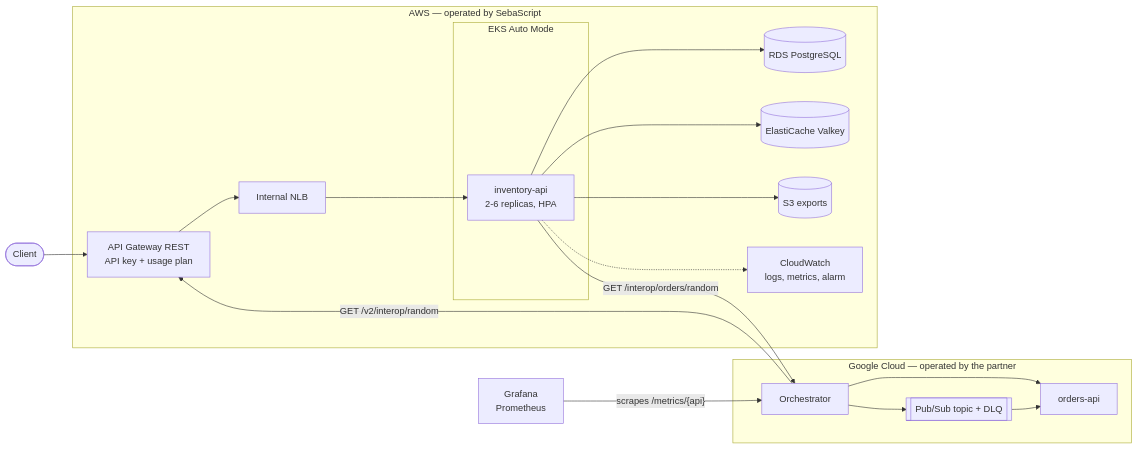
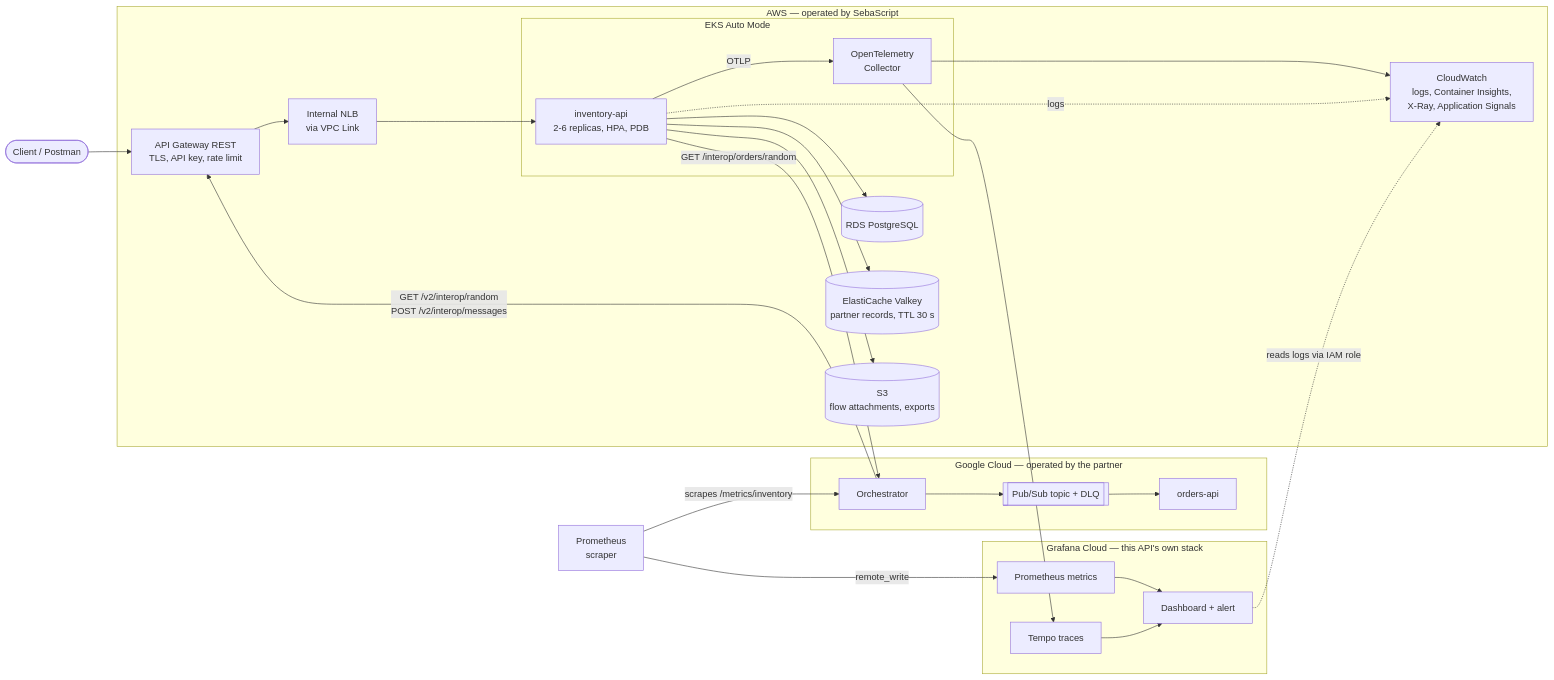
The diagram in README.md (SebaScript/inventory-api-v2), drawn with Mermaid before and after one commit. The commit also changed other lines of this file, not shown here.

Commit message:
📝 docs: redraw the architecture with tracing and grafana cloud

````diff
--- a/README.md
+++ b/README.md
@@ -33,33 +33,45 @@
 ```mermaid
 flowchart LR
-  client([Client])
+  client([Client / Postman])
 
   subgraph AWS["AWS &mdash; operated by SebaScript"]
-    gw[API Gateway REST<br/>API key + usage plan]
-    nlb[Internal NLB]
+    gw[API Gateway REST<br/>TLS, API key, rate limit]
+    nlb[Internal NLB<br/>via VPC Link]
     subgraph eks["EKS Auto Mode"]
-      pods[inventory-api<br/>2-6 replicas, HPA]
+      pods[inventory-api<br/>2-6 replicas, HPA, PDB]
+      otel[OpenTelemetry<br/>Collector]
     end
     rds[(RDS PostgreSQL)]
-    cache[(ElastiCache Valkey)]
-    s3[(S3 exports)]
-    cw[CloudWatch<br/>logs, metrics, alarm]
+    cache[(ElastiCache Valkey<br/>partner records, TTL 30 s)]
+    s3[(S3<br/>flow attachments, exports)]
+    cw[CloudWatch<br/>logs, Container Insights,<br/>X-Ray, Application Signals]
   end
 
   subgraph GCP["Google Cloud &mdash; operated by the partner"]
     orch[Orchestrator]
     queue[["Pub/Sub topic + DLQ"]]
     orders[orders-api]
   end
 
-  grafana[Grafana<br/>Prometheus]
+  subgraph GC["Grafana Cloud &mdash; this API's own stack"]
+    mimir[Prometheus metrics]
+    tempo[Tempo traces]
+    dash[Dashboard + alert]
+  end
+
+  prom[Prometheus<br/>scraper]
 
   client --> gw --> nlb --> pods
   pods --> rds & cache & s3
-  pods -.-> cw
   pods -- "GET /interop/orders/random" --> orch
-  orch --> orders
+  orch -- "GET /v2/interop/random<br/>POST /v2/interop/messages" --> gw
   orch --> queue --> orders
-  orch -- "GET /v2/interop/random" --> gw
-  grafana -- "scrapes /metrics/{api}" --> orch
+  pods -- OTLP --> otel
+  otel --> cw
+  otel --> tempo
+  pods -. logs .-> cw
+  prom -- "scrapes /metrics/inventory" --> orch
+  prom -- remote_write --> mimir
+  mimir & tempo --> dash
+  dash -. "reads logs via IAM role" .-> cw
 ```
````
